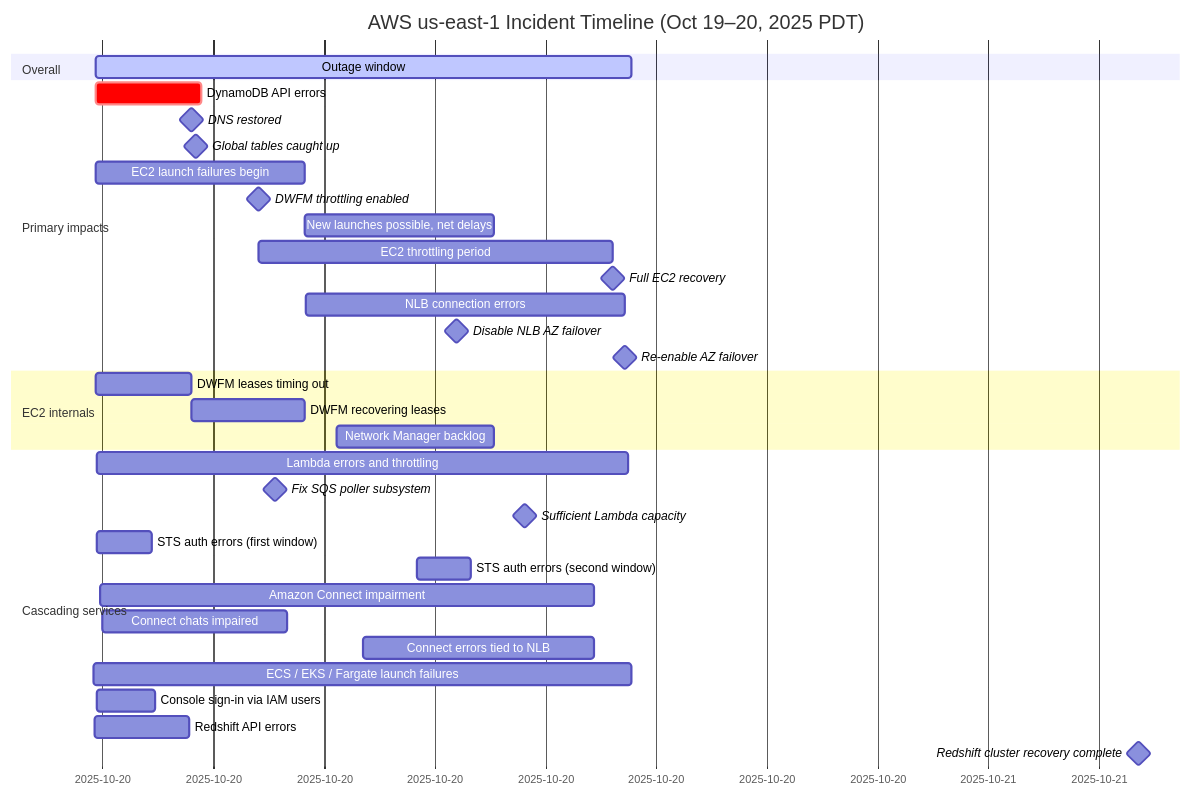
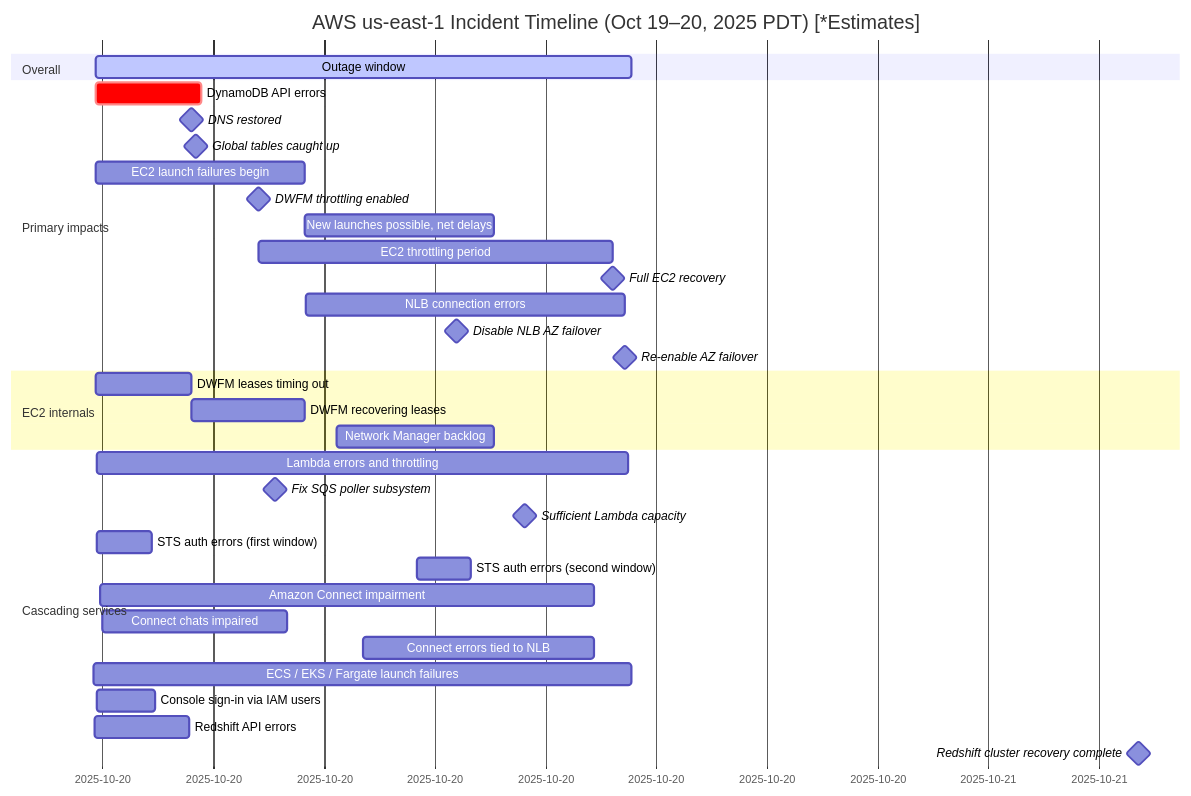
Before and after one commit to Calvin-Schmeichel/Obsidian-Quartz-Website: the diagram in content/Unlisted/Drafts/aws_outage_oct_2025.md, drawn with Mermaid. The commit also changed other lines of this file and 1 other file, not shown here.

````diff
--- a/content/Unlisted/Drafts/aws_outage_oct_2025.md
+++ b/content/Unlisted/Drafts/aws_outage_oct_2025.md
@@ -78,48 +78,48 @@
 ```mermaid
 gantt
-title AWS us-east-1 Incident Timeline (Oct 19–20, 2025 PDT)
+title AWS us-east-1 Incident Timeline (Oct 19–20, 2025 PDT) [*Estimates]
 dateFormat  YYYY-MM-DD HH:mm
 
 section Overall
 Outage window                     :active, ovl, 2025-10-19 23:48, 2025-10-20 14:20
 
 section Primary impacts
 DynamoDB API errors               :crit, ddb, 2025-10-19 23:48, 2025-10-20 02:40
 DNS restored                      :milestone, ddbfix, 2025-10-20 02:25, 0min
 Global tables caught up           :milestone, ddbcaught, 2025-10-20 02:32, 0min
 
 EC2 launch failures begin         :ec2a, 2025-10-19 23:48, 2025-10-20 05:28
 DWFM throttling enabled           :milestone, ec2thron, 2025-10-20 04:14, 0min
 New launches possible, net delays :ec2b, 2025-10-20 05:28, 2025-10-20 10:36
 EC2 throttling period             :ec2thr, 2025-10-20 04:14, 2025-10-20 13:50
 Full EC2 recovery                 :milestone, ec2ok, 2025-10-20 13:50, 0min
 
 NLB connection errors             :nlb, 2025-10-20 05:30, 2025-10-20 14:09
 Disable NLB AZ failover           :milestone, nlbmit, 2025-10-20 09:36, 0min
 Re-enable AZ failover             :milestone, nlbback, 2025-10-20 14:09, 0min
 
 section EC2 internals
 DWFM leases timing out            :dwfmto, 2025-10-19 23:48, 2025-10-20 02:25
 DWFM recovering leases            :dwfmrec, 2025-10-20 02:25, 2025-10-20 05:28
 Network Manager backlog           :netmgr, 2025-10-20 06:21, 2025-10-20 10:36
 
 section Cascading services
 Lambda errors and throttling      :lam, 2025-10-19 23:51, 2025-10-20 14:15
 Fix SQS poller subsystem          :milestone, lamsqs, 2025-10-20 04:40, 0min
 Sufficient Lambda capacity        :milestone, lamcap, 2025-10-20 11:27, 0min
 
 STS auth errors (first window)    :sts1, 2025-10-19 23:51, 2025-10-20 01:19
 STS auth errors (second window)   :sts2, 2025-10-20 08:31, 2025-10-20 09:59
 
 Amazon Connect impairment         :conn1, 2025-10-19 23:56, 2025-10-20 13:20
 Connect chats impaired            :connchat, 2025-10-20 00:00, 2025-10-20 05:00
 Connect errors tied to NLB        :conn2, 2025-10-20 07:04, 2025-10-20 13:20
 
 ECS / EKS / Fargate launch failures :containers, 2025-10-19 23:45, 2025-10-20 14:20
 
 Console sign-in via IAM users     :iam, 2025-10-19 23:51, 2025-10-20 01:25
 
 Redshift API errors               :rsq, 2025-10-19 23:47, 2025-10-20 02:21
 Redshift cluster recovery complete:milestone, rsdone, 2025-10-21 04:05, 0min
 
 ```
````
